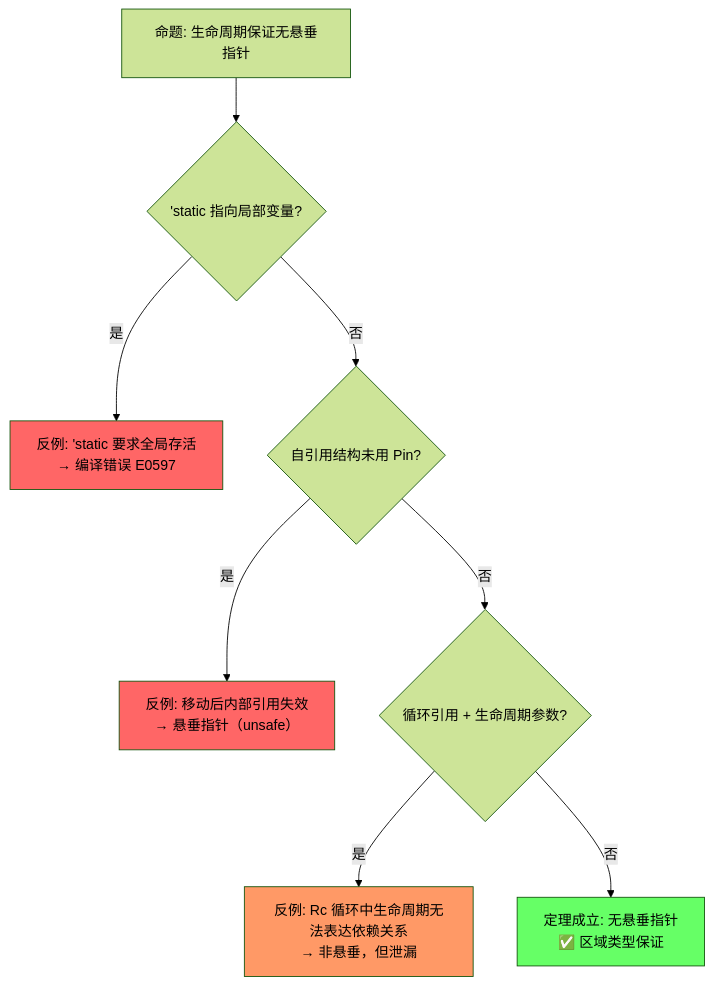
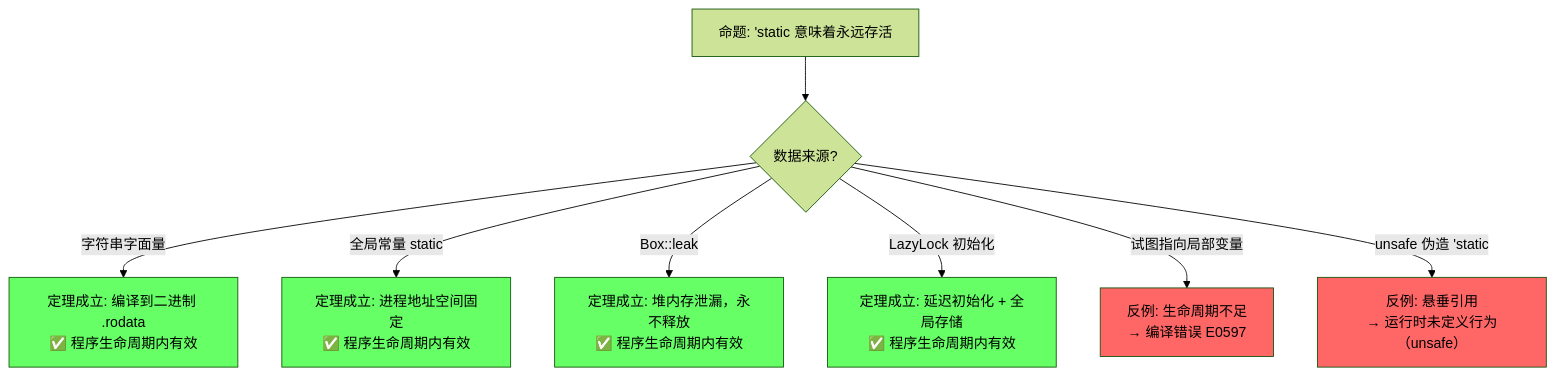
One commit to martin-ly/rust-lang changed the fourth of 4 diagrams in concept/01_foundation/03_lifetimes.md. Above: the diagram before and after it, drawn with Mermaid (forest theme). The commit also changed other lines of this file and 12 other files, not shown here.

````diff
--- a/concept/01_foundation/03_lifetimes.md
+++ b/concept/01_foundation/03_lifetimes.md
@@ -347,15 +410,17 @@
 ```mermaid
 graph TD
-    P["命题: 生命周期保证无悬垂指针"] --> Q1{"'static 指向局部变量?"}
-    Q1 -->|是| F1["反例: 'static 要求全局存活<br/>→ 编译错误 E0597"]
-    Q1 -->|否| Q2{"自引用结构未用 Pin?"}
-    Q2 -->|是| F2["反例: 移动后内部引用失效<br/>→ 悬垂指针（unsafe）"]
-    Q2 -->|否| Q3{"循环引用 + 生命周期参数?"}
-    Q3 -->|是| F3["反例: Rc 循环中生命周期无法表达依赖关系<br/>→ 非悬垂，但泄漏"]
-    Q3 -->|否| T["定理成立: 无悬垂指针<br/>✅ 区域类型保证"]
+    P["命题: 'static 意味着永远存活"] --> Q1{"数据来源?"}
+    Q1 -->|字符串字面量| T1["定理成立: 编译到二进制 .rodata<br/>✅ 程序生命周期内有效"]
+    Q1 -->|全局常量 static| T2["定理成立: 进程地址空间固定<br/>✅ 程序生命周期内有效"]
+    Q1 -->|Box::leak| T3["定理成立: 堆内存泄漏，永不释放<br/>✅ 程序生命周期内有效"]
+    Q1 -->|LazyLock 初始化| T4["定理成立: 延迟初始化 + 全局存储<br/>✅ 程序生命周期内有效"]
+    Q1 -->|试图指向局部变量| F1["反例: 生命周期不足<br/>→ 编译错误 E0597"]
+    Q1 -->|unsafe 伪造 'static| F2["反例: 悬垂引用<br/>→ 运行时未定义行为（unsafe）"]
 
+    style T1 fill:#6f6
+    style T2 fill:#6f6
+    style T3 fill:#6f6
+    style T4 fill:#6f6
     style F1 fill:#f66
     style F2 fill:#f66
-    style F3 fill:#f96
-    style T fill:#6f6
 ```
````
